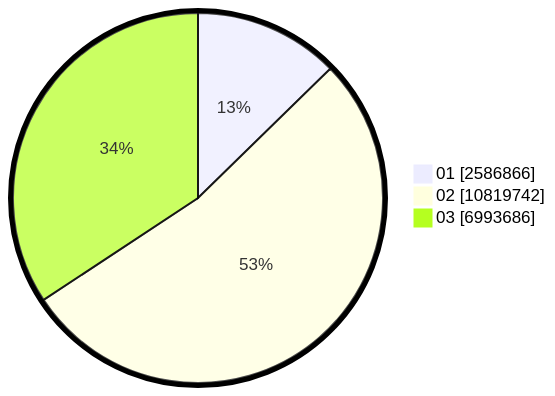
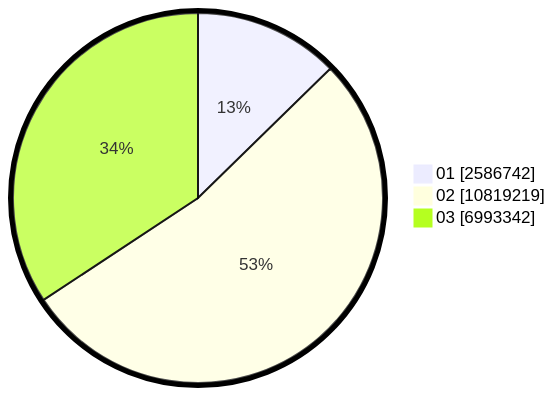
Before and after one commit to gigit-pemilu/pemilu-2024: the second of 2 diagrams in pilpres/hitung-suara/sub/table-wilayah-33.md, drawn with Mermaid. The commit also changed other lines of this file and 8 other files, not shown here.

````diff
--- a/pilpres/hitung-suara/sub/table-wilayah-33.md
+++ b/pilpres/hitung-suara/sub/table-wilayah-33.md
@@ -15,7 +15,7 @@
 ```mermaid
 %%{init: {"pie": {"textPosition": 0.5}, "themeVariables": {"pieOuterStrokeWidth": "5px"}} }%%
 pie showData
-    "01" : 2586866
-    "02" : 10819742
-    "03" : 6993686
+    "01" : 2586742
+    "02" : 10819219
+    "03" : 6993342
 ```
````
